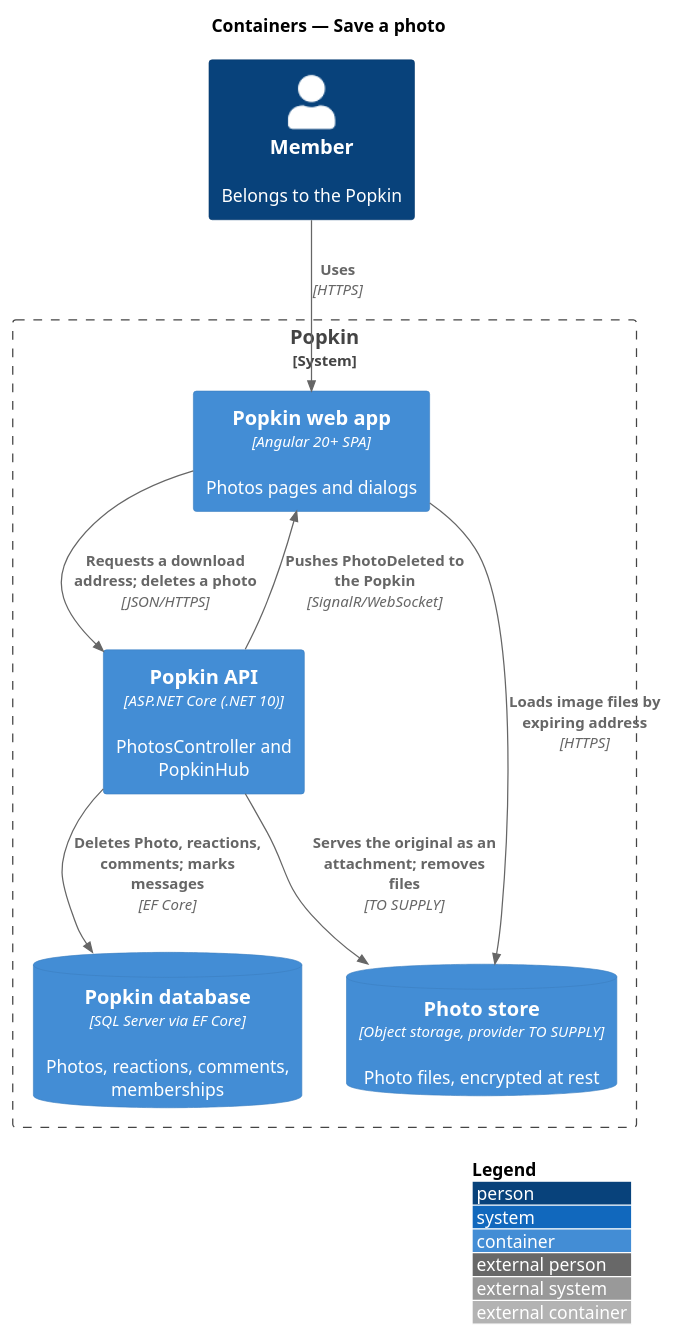
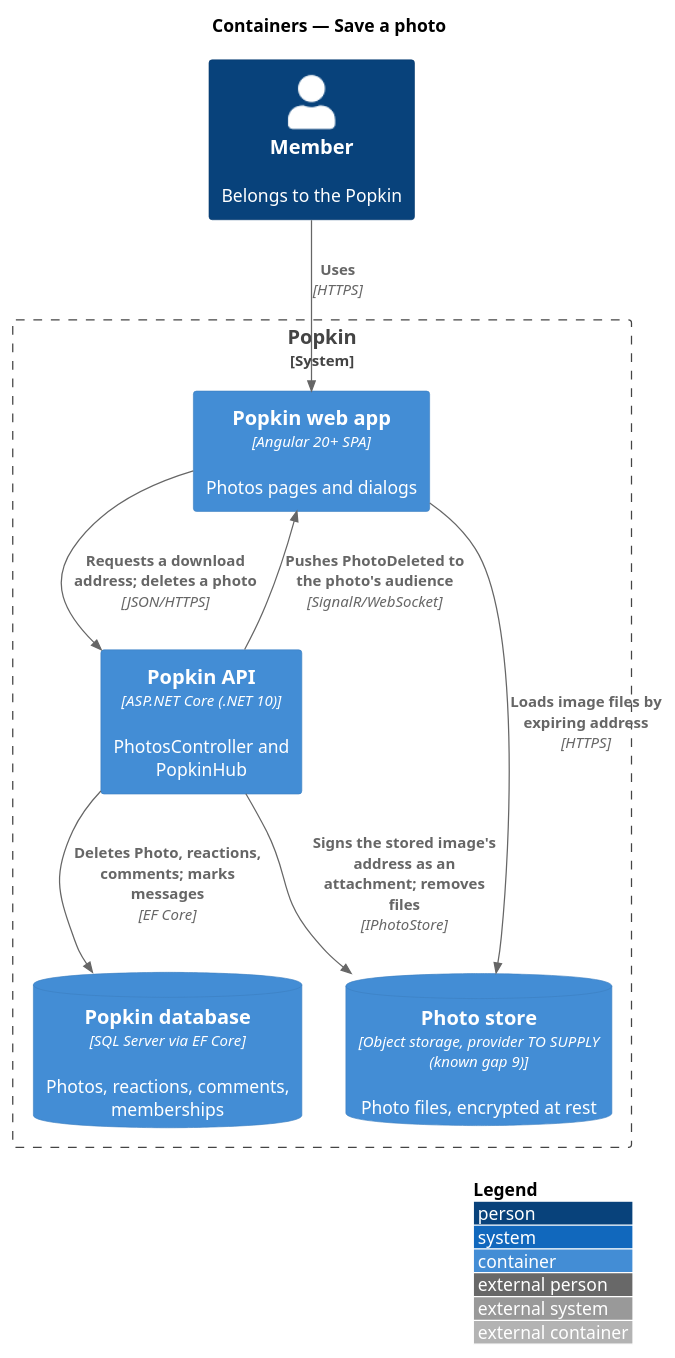
One commit to QuinntyneBrown/popkin changed the diagram in docs/detailed-designs/photos/save-photo/diagrams/c4-container.puml. Above: the diagram before and after it, drawn with PlantUML. The commit also changed 10 other files, not shown here.

```diff
--- a/docs/detailed-designs/photos/save-photo/diagrams/c4-container.puml
+++ b/docs/detailed-designs/photos/save-photo/diagrams/c4-container.puml
@@ -1,19 +1,19 @@
 @startuml
 !include <C4/C4_Container>
 LAYOUT_WITH_LEGEND()
 title Containers — Save a photo
 
 Person(member, "Member", "Belongs to the Popkin")
 System_Boundary(popkin, "Popkin") {
   Container(spa, "Popkin web app", "Angular 20+ SPA", "Photos pages and dialogs")
   Container(api, "Popkin API", "ASP.NET Core (.NET 10)", "PhotosController and PopkinHub")
   ContainerDb(db, "Popkin database", "SQL Server via EF Core", "Photos, reactions, comments, memberships")
-  ContainerDb(store, "Photo store", "Object storage, provider TO SUPPLY", "Photo files, encrypted at rest")
+  ContainerDb(store, "Photo store", "Object storage, provider TO SUPPLY (known gap 9)", "Photo files, encrypted at rest")
 }
 Rel(member, spa, "Uses", "HTTPS")
 Rel(spa, api, "Requests a download address; deletes a photo", "JSON/HTTPS")
 Rel(api, db, "Deletes Photo, reactions, comments; marks messages", "EF Core")
-Rel(api, store, "Serves the original as an attachment; removes files", "TO SUPPLY")
+Rel(api, store, "Signs the stored image's address as an attachment; removes files", "IPhotoStore")
 Rel(spa, store, "Loads image files by expiring address", "HTTPS")
-Rel(api, spa, "Pushes PhotoDeleted to the Popkin", "SignalR/WebSocket")
+Rel(api, spa, "Pushes PhotoDeleted to the photo's audience", "SignalR/WebSocket")
 @enduml
```
